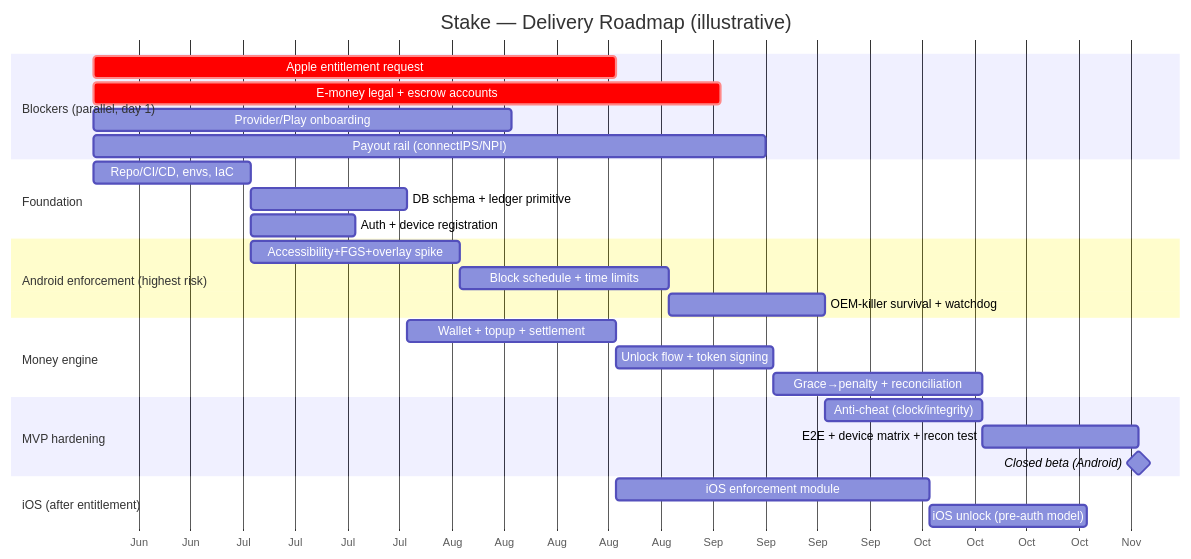
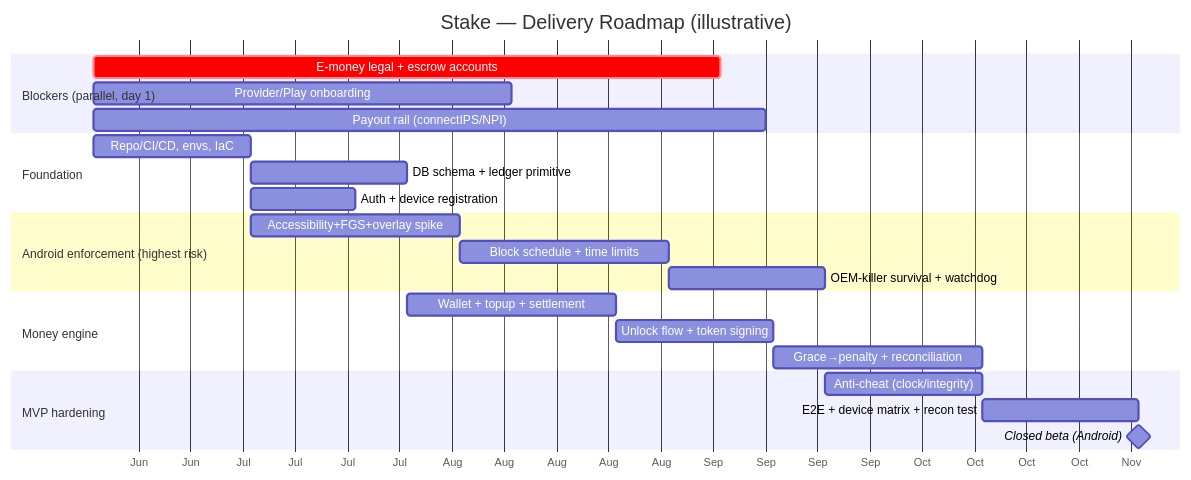
Before and after one commit to JEEVANRAWAL/stake-app-doc: the first of 2 diagrams in docs/project/delivery-plan.md, drawn with Mermaid. The commit also changed other lines of this file and 6 other files, not shown here.

Commit message:
Re-scope docs to Android-only; defer iOS (banners + blockers/roadmap/team/milestones/risks/open-decisions)

````diff
--- a/docs/project/delivery-plan.md
+++ b/docs/project/delivery-plan.md
@@ -36,30 +41,27 @@
 ```mermaid
 gantt
     title Stake — Delivery Roadmap (illustrative)
     dateFormat  YYYY-MM-DD
     axisFormat  %b
     section Blockers (parallel, day 1)
-    Apple entitlement request        :crit, b1, 2026-06-15, 70d
     E-money legal + escrow accounts  :crit, b2, 2026-06-15, 84d
     Provider/Play onboarding         :b3, 2026-06-15, 56d
     Payout rail (connectIPS/NPI)     :b4, 2026-06-15, 90d
     section Foundation
     Repo/CI/CD, envs, IaC            :f1, 2026-06-15, 21d
     DB schema + ledger primitive     :f2, after f1, 21d
     Auth + device registration       :f3, after f1, 14d
     section Android enforcement (highest risk)
     Accessibility+FGS+overlay spike  :a1, after f1, 28d
     Block schedule + time limits     :a2, after a1, 28d
     OEM-killer survival + watchdog   :a3, after a2, 21d
     section Money engine
     Wallet + topup + settlement      :m1, after f2, 28d
     Unlock flow + token signing      :m2, after m1, 21d
     Grace→penalty + reconciliation   :m3, after m2, 28d
     section MVP hardening
     Anti-cheat (clock/integrity)     :h1, after a3, 21d
     E2E + device matrix + recon test :h2, after m3, 21d
     Closed beta (Android)            :milestone, beta, after h2, 0d
-    section iOS (after entitlement)
-    iOS enforcement module           :i1, after b1, 42d
-    iOS unlock (pre-auth model)      :i2, after i1, 21d
+    %% iOS section deferred (fast-follow) — re-add the iOS enforcement module + pre-auth unlock when iOS resumes
 ```
````
